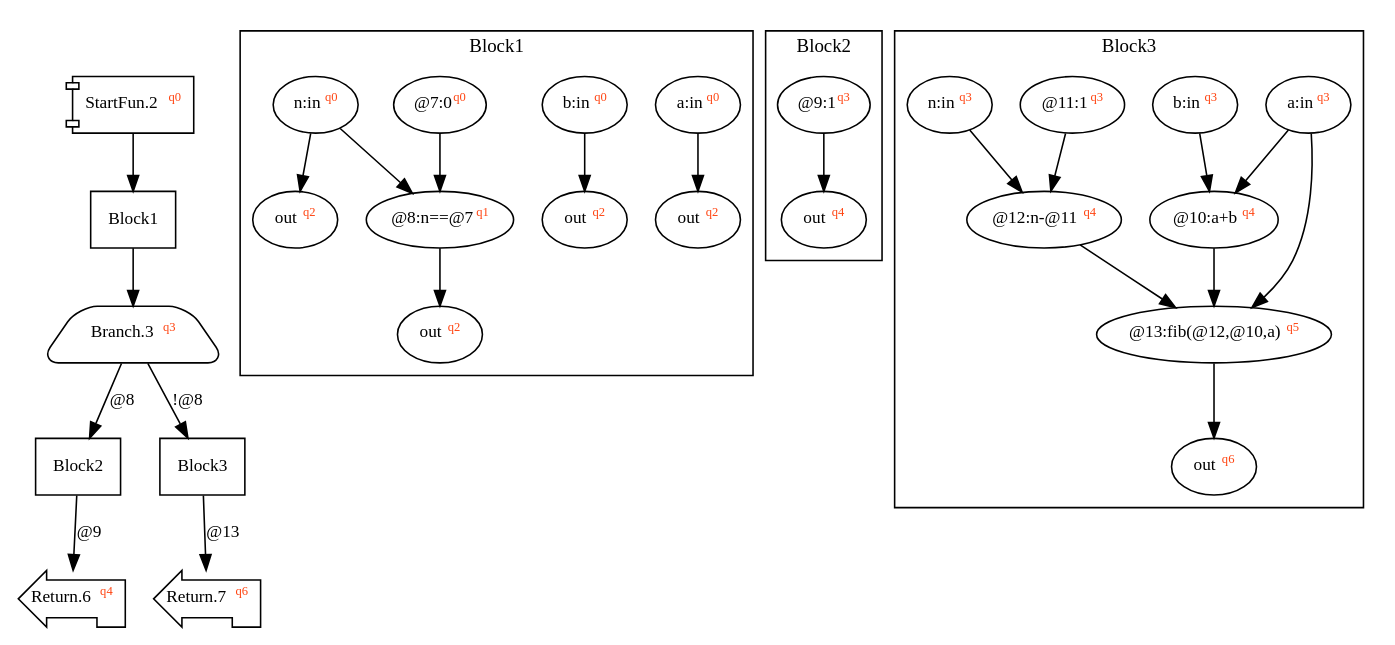
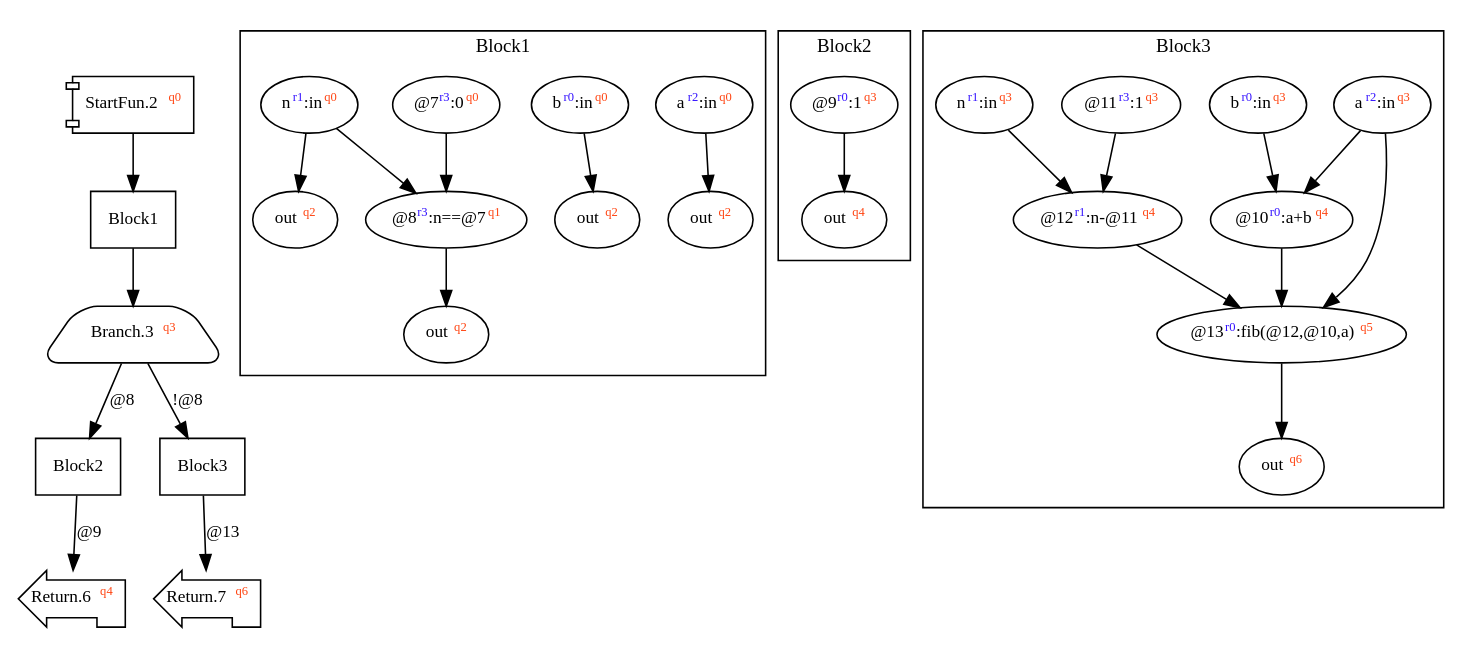
The diagram in dist/fib.dot (akouryy/SyntheScala), drawn with Graphviz before and after one commit. The commit also changed 10 other files, not shown here.

```diff
--- a/dist/fib.dot
+++ b/dist/fib.dot
@@ -1,30 +1,30 @@
 digraph Program_ {
 graph [fontname = "Monaco", fontsize = 12, ranksep = 0.5];
 node [shape = box, fontname = "Monaco", fontsize = 11; colorscheme = pastel19];
 edge [fontname = "Monaco", fontsize = 11; colorscheme = pastel19];
 Jump2[label = <StartFun.2<font color="#ff4411" point-size="8"><sup>q0</sup></font>>; shape = component];
 Jump2 -> Block1;
 Jump3[
   label = <Branch.3<font color="#ff4411" point-size="8"><sup>q3</sup></font>>;
   shape = trapezium; style = rounded;
 ];
 Block1 -> Jump3;
 Jump3 -> Block2 [label="@8"];
 Jump3 -> Block3 [label="!@8"];
 Jump6[label = <Return.6<font color="#ff4411" point-size="8"><sup>q4</sup></font>>; shape = lpromoter];
 Block2 -> Jump6 [label="@9"];
 Jump7[label = <Return.7<font color="#ff4411" point-size="8"><sup>q6</sup></font>>; shape = lpromoter];
 Block3 -> Jump7 [label="@13"];
 Block1 [label = "Block1"];
 Block2 [label = "Block2"];
 Block3 [label = "Block3"];
 subgraph cluster_dfg_Block1{
 node [shape = oval];
 label = "Block1";
-ndBlock1_0 [label=<out<font color="#ff4411" point-size="8"><sup>q2</sup></font>>];ndBlock1_1 [label=<@8:n==@7<font color="#ff4411" point-size="8"><sup>q1</sup></font>>];ndBlock1_2 [label=<out<font color="#ff4411" point-size="8"><sup>q2</sup></font>>];ndBlock1_3 [label=<a:in<font color="#ff4411" point-size="8"><sup>q0</sup></font>>];ndBlock1_4 [label=<b:in<font color="#ff4411" point-size="8"><sup>q0</sup></font>>];ndBlock1_5 [label=<out<font color="#ff4411" point-size="8"><sup>q2</sup></font>>];ndBlock1_6 [label=<out<font color="#ff4411" point-size="8"><sup>q2</sup></font>>];ndBlock1_7 [label=<@7:0<font color="#ff4411" point-size="8"><sup>q0</sup></font>>];ndBlock1_8 [label=<n:in<font color="#ff4411" point-size="8"><sup>q0</sup></font>>];ndBlock1_4 -> ndBlock1_2; ndBlock1_7 -> ndBlock1_1; ndBlock1_8 -> ndBlock1_1; ndBlock1_8 -> ndBlock1_5; ndBlock1_3 -> ndBlock1_6; ndBlock1_1 -> ndBlock1_0; }subgraph cluster_dfg_Block2{
+ndBlock1_0 [label=<out<font color="#ff4411" point-size="8"><sup>q2</sup></font>>];ndBlock1_1 [label=<@8<font color="#3311ff" point-size="8"><sup>r3</sup></font>:n==@7<font color="#ff4411" point-size="8"><sup>q1</sup></font>>];ndBlock1_2 [label=<out<font color="#ff4411" point-size="8"><sup>q2</sup></font>>];ndBlock1_3 [label=<a<font color="#3311ff" point-size="8"><sup>r2</sup></font>:in<font color="#ff4411" point-size="8"><sup>q0</sup></font>>];ndBlock1_4 [label=<b<font color="#3311ff" point-size="8"><sup>r0</sup></font>:in<font color="#ff4411" point-size="8"><sup>q0</sup></font>>];ndBlock1_5 [label=<out<font color="#ff4411" point-size="8"><sup>q2</sup></font>>];ndBlock1_6 [label=<out<font color="#ff4411" point-size="8"><sup>q2</sup></font>>];ndBlock1_7 [label=<@7<font color="#3311ff" point-size="8"><sup>r3</sup></font>:0<font color="#ff4411" point-size="8"><sup>q0</sup></font>>];ndBlock1_8 [label=<n<font color="#3311ff" point-size="8"><sup>r1</sup></font>:in<font color="#ff4411" point-size="8"><sup>q0</sup></font>>];ndBlock1_4 -> ndBlock1_2; ndBlock1_7 -> ndBlock1_1; ndBlock1_8 -> ndBlock1_1; ndBlock1_8 -> ndBlock1_5; ndBlock1_3 -> ndBlock1_6; ndBlock1_1 -> ndBlock1_0; }subgraph cluster_dfg_Block2{
 node [shape = oval];
 label = "Block2";
-ndBlock2_0 [label=<@9:1<font color="#ff4411" point-size="8"><sup>q3</sup></font>>];ndBlock2_1 [label=<out<font color="#ff4411" point-size="8"><sup>q4</sup></font>>];ndBlock2_0 -> ndBlock2_1; }subgraph cluster_dfg_Block3{
+ndBlock2_0 [label=<@9<font color="#3311ff" point-size="8"><sup>r0</sup></font>:1<font color="#ff4411" point-size="8"><sup>q3</sup></font>>];ndBlock2_1 [label=<out<font color="#ff4411" point-size="8"><sup>q4</sup></font>>];ndBlock2_0 -> ndBlock2_1; }subgraph cluster_dfg_Block3{
 node [shape = oval];
 label = "Block3";
-ndBlock3_0 [label=<a:in<font color="#ff4411" point-size="8"><sup>q3</sup></font>>];ndBlock3_1 [label=<b:in<font color="#ff4411" point-size="8"><sup>q3</sup></font>>];ndBlock3_2 [label=<@10:a+b<font color="#ff4411" point-size="8"><sup>q4</sup></font>>];ndBlock3_3 [label=<out<font color="#ff4411" point-size="8"><sup>q6</sup></font>>];ndBlock3_4 [label=<@11:1<font color="#ff4411" point-size="8"><sup>q3</sup></font>>];ndBlock3_5 [label=<@12:n-@11<font color="#ff4411" point-size="8"><sup>q4</sup></font>>];ndBlock3_6 [label=<@13:fib(@12,@10,a)<font color="#ff4411" point-size="8"><sup>q5</sup></font>>];ndBlock3_7 [label=<n:in<font color="#ff4411" point-size="8"><sup>q3</sup></font>>];ndBlock3_4 -> ndBlock3_5; ndBlock3_7 -> ndBlock3_5; ndBlock3_0 -> ndBlock3_6; ndBlock3_2 -> ndBlock3_6; ndBlock3_5 -> ndBlock3_6; ndBlock3_0 -> ndBlock3_2; ndBlock3_1 -> ndBlock3_2; ndBlock3_6 -> ndBlock3_3; }}
+ndBlock3_0 [label=<a<font color="#3311ff" point-size="8"><sup>r2</sup></font>:in<font color="#ff4411" point-size="8"><sup>q3</sup></font>>];ndBlock3_1 [label=<b<font color="#3311ff" point-size="8"><sup>r0</sup></font>:in<font color="#ff4411" point-size="8"><sup>q3</sup></font>>];ndBlock3_2 [label=<@10<font color="#3311ff" point-size="8"><sup>r0</sup></font>:a+b<font color="#ff4411" point-size="8"><sup>q4</sup></font>>];ndBlock3_3 [label=<out<font color="#ff4411" point-size="8"><sup>q6</sup></font>>];ndBlock3_4 [label=<@11<font color="#3311ff" point-size="8"><sup>r3</sup></font>:1<font color="#ff4411" point-size="8"><sup>q3</sup></font>>];ndBlock3_5 [label=<@12<font color="#3311ff" point-size="8"><sup>r1</sup></font>:n-@11<font color="#ff4411" point-size="8"><sup>q4</sup></font>>];ndBlock3_6 [label=<@13<font color="#3311ff" point-size="8"><sup>r0</sup></font>:fib(@12,@10,a)<font color="#ff4411" point-size="8"><sup>q5</sup></font>>];ndBlock3_7 [label=<n<font color="#3311ff" point-size="8"><sup>r1</sup></font>:in<font color="#ff4411" point-size="8"><sup>q3</sup></font>>];ndBlock3_4 -> ndBlock3_5; ndBlock3_7 -> ndBlock3_5; ndBlock3_0 -> ndBlock3_6; ndBlock3_2 -> ndBlock3_6; ndBlock3_5 -> ndBlock3_6; ndBlock3_0 -> ndBlock3_2; ndBlock3_1 -> ndBlock3_2; ndBlock3_6 -> ndBlock3_3; }}
```
